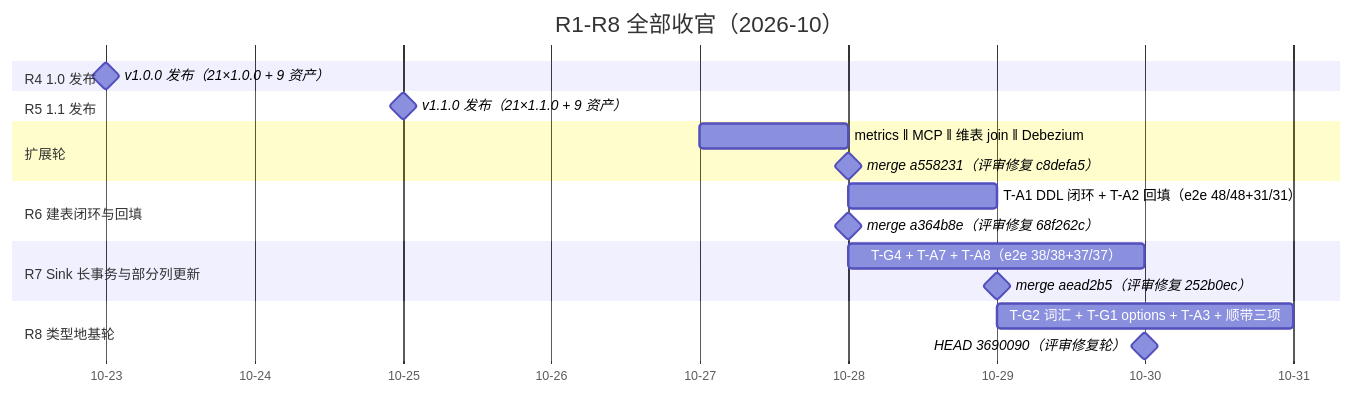
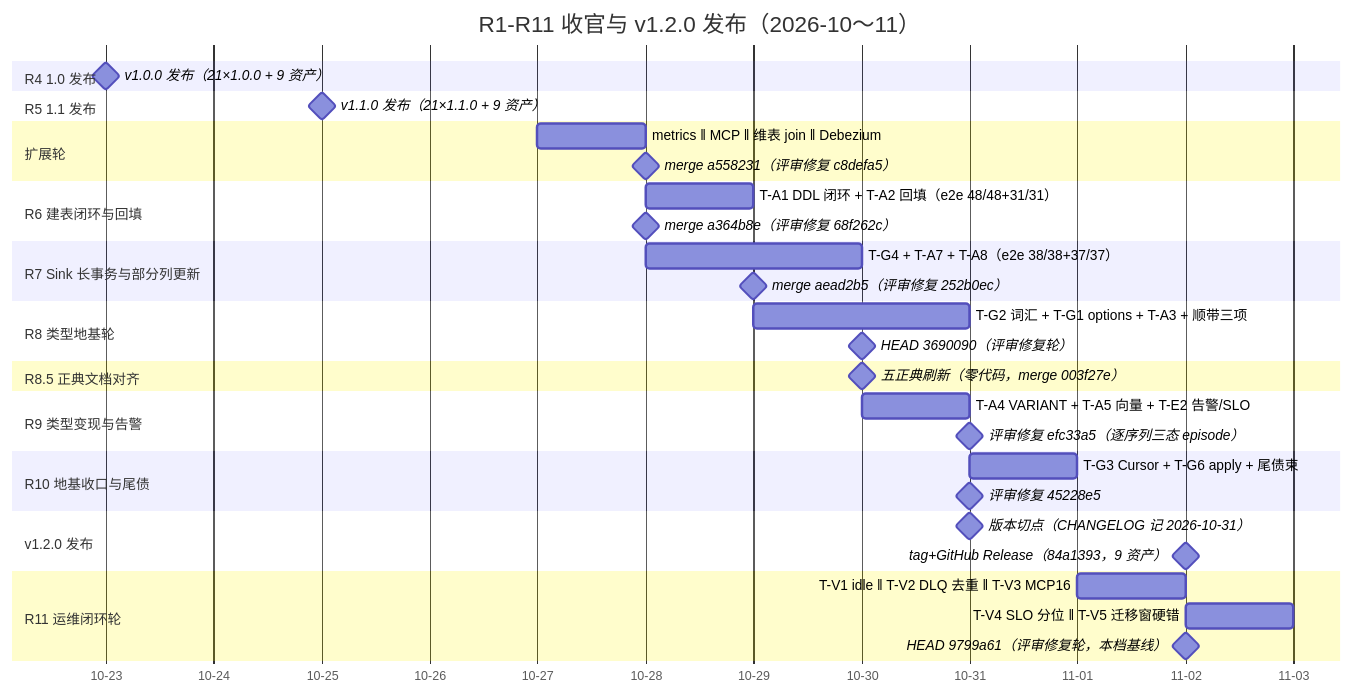
One commit to SeekerGalahad/tailrace changed the sixth of 7 diagrams in docs/design/architecture.zh.md. Above: the diagram before and after it, drawn with Mermaid. The commit also changed other lines of this file and 12 other files, not shown here.

First line of the commit message:
docs: canonical refresh post-R11 (alerting/SLO/variant/vector/apply/mcp16) + v1.2.0 release facts

````diff
--- a/docs/design/architecture.zh.md
+++ b/docs/design/architecture.zh.md
@@ -572,22 +681,37 @@
 ```mermaid
 gantt
-  title R1-R8 全部收官（2026-10）
+  title R1-R11 收官与 v1.2.0 发布（2026-10～11）
   dateFormat YYYY-MM-DD
   axisFormat %m-%d
   section R4 1.0 发布
   v1.0.0 发布（21×1.0.0 + 9 资产）         :milestone, 2026-10-23, 0d
   section R5 1.1 发布
   v1.1.0 发布（21×1.1.0 + 9 资产）         :milestone, 2026-10-25, 0d
   section 扩展轮
   metrics ‖ MCP ‖ 维表 join ‖ Debezium     :2026-10-27, 1d
   merge a558231（评审修复 c8defa5）         :milestone, 2026-10-28, 0d
   section R6 建表闭环与回填
   T-A1 DDL 闭环 + T-A2 回填（e2e 48/48+31/31）:2026-10-28, 1d
   merge a364b8e（评审修复 68f262c）         :milestone, 2026-10-28, 0d
   section R7 Sink 长事务与部分列更新
   T-G4 + T-A7 + T-A8（e2e 38/38+37/37）     :2026-10-28, 2d
   merge aead2b5（评审修复 252b0ec）         :milestone, 2026-10-29, 0d
   section R8 类型地基轮
   T-G2 词汇 + T-G1 options + T-A3 + 顺带三项 :2026-10-29, 2d
   HEAD 3690090（评审修复轮）                :milestone, 2026-10-30, 0d
+  section R8.5 正典文档对齐
+  五正典刷新（零代码，merge 003f27e）       :milestone, 2026-10-30, 0d
+  section R9 类型变现与告警
+  T-A4 VARIANT + T-A5 向量 + T-E2 告警/SLO :2026-10-30, 1d
+  评审修复 efc33a5（逐序列三态 episode）     :milestone, 2026-10-31, 0d
+  section R10 地基收口与尾债
+  T-G3 Cursor + T-G6 apply + 尾债束        :2026-10-31, 1d
+  评审修复 45228e5                          :milestone, 2026-10-31, 0d
+  section v1.2.0 发布
+  版本切点（CHANGELOG 记 2026-10-31）        :milestone, 2026-10-31, 0d
+  tag+GitHub Release（84a1393，9 资产）      :milestone, 2026-11-02, 0d
+  section R11 运维闭环轮
+  T-V1 idle ‖ T-V2 DLQ 去重 ‖ T-V3 MCP16   :2026-11-01, 1d
+  T-V4 SLO 分位 ‖ T-V5 迁移窗硬错          :2026-11-02, 1d
+  HEAD 9799a61（评审修复轮，本档基线）       :milestone, 2026-11-02, 0d
 ```
````
